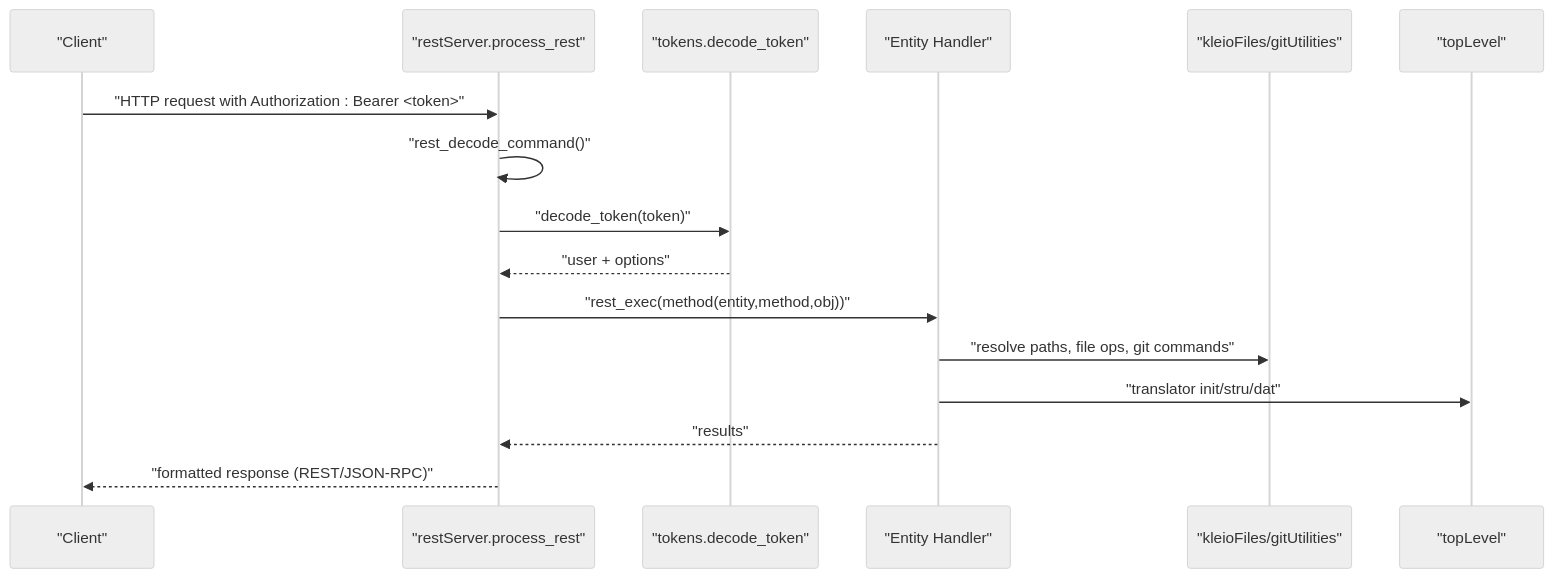
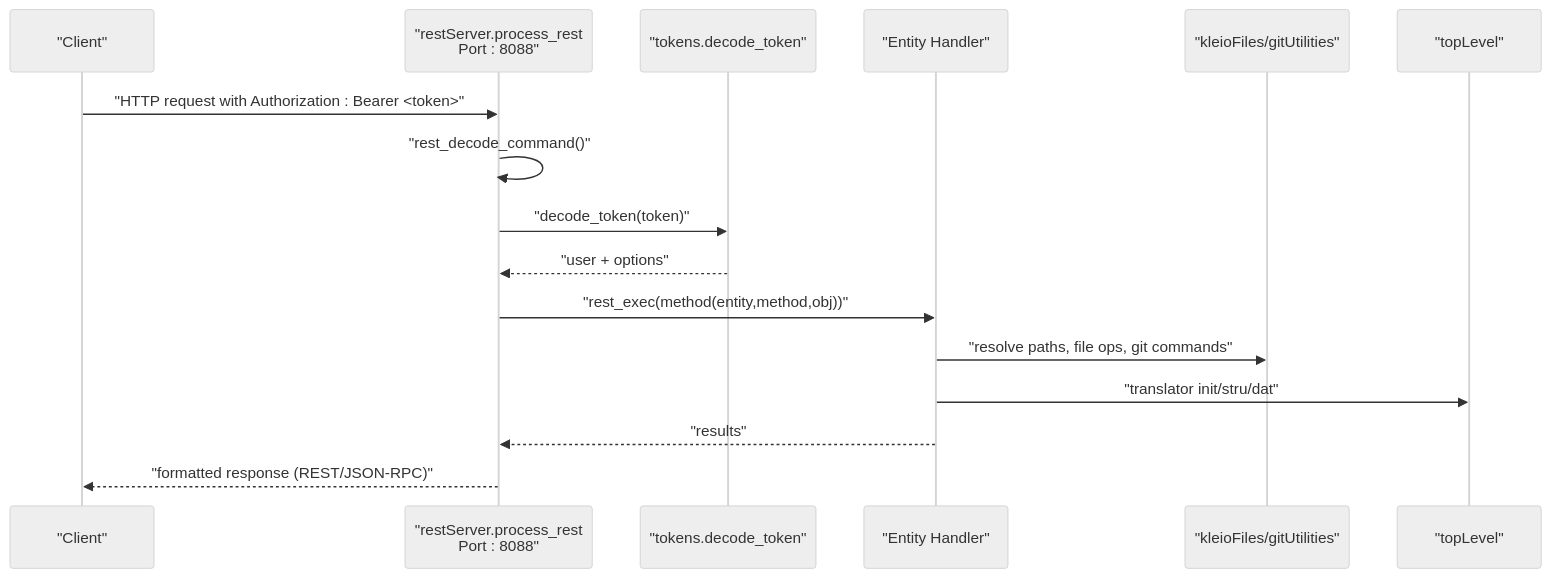
The second of 10 diagrams in .qoder/repowiki/en/content/Project Overview/Core Services/Core Services.md (time-link/timelink-kleio), drawn with Mermaid (neutral theme) before and after one commit. The commit also changed other lines of this file and 189 other files, not shown here.

````diff
--- a/.qoder/repowiki/en/content/Project Overview/Core Services/Core Services.md
+++ b/.qoder/repowiki/en/content/Project Overview/Core Services/Core Services.md
@@ -154,18 +181,18 @@
 ```mermaid
 sequenceDiagram
 participant Client as "Client"
-participant RS as "restServer.process_rest"
+participant RS as "restServer.process_rest<br/>Port : 8088"
 participant TOK as "tokens.decode_token"
 participant API as "Entity Handler"
 participant UTIL as "kleioFiles/gitUtilities"
 participant TL as "topLevel"
 Client->>RS : "HTTP request with Authorization : Bearer <token>"
 RS->>RS : "rest_decode_command()"
 RS->>TOK : "decode_token(token)"
 TOK-->>RS : "user + options"
 RS->>API : "rest_exec(method(entity,method,obj))"
 API->>UTIL : "resolve paths, file ops, git commands"
 API->>TL : "translator init/stru/dat"
 API-->>RS : "results"
 RS-->>Client : "formatted response (REST/JSON-RPC)"
 ```
````
